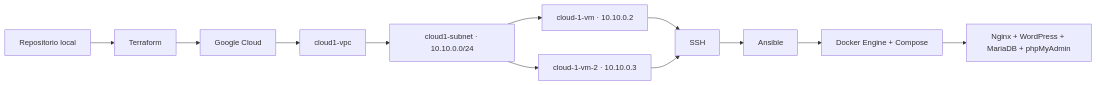
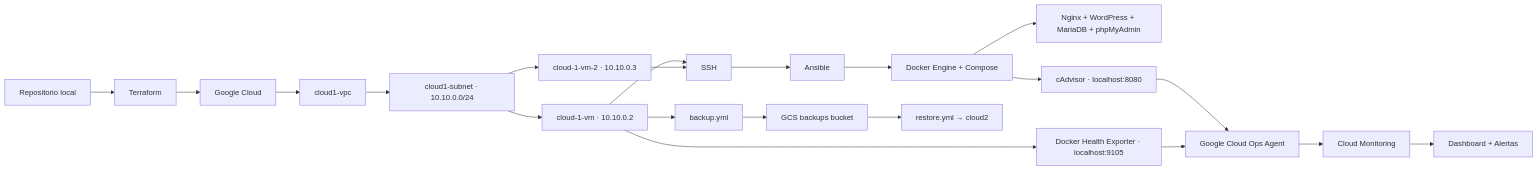
The first of 11 diagrams in README.md (Augustojrl92/cloud-1), drawn with Mermaid before and after one commit. The commit also changed other lines of this file, not shown here.

Commit message:
docs: document backups disaster recovery and monitoring

````diff
--- a/README.md
+++ b/README.md
@@ -16,14 +16,23 @@
 ```mermaid
 flowchart LR
     Repo["Repositorio local"] --> TF["Terraform"]
     TF --> GCP["Google Cloud"]
     GCP --> VPC["cloud1-vpc"]
     VPC --> SUBNET["cloud1-subnet · 10.10.0.0/24"]
     SUBNET --> VM1["cloud-1-vm · 10.10.0.2"]
     SUBNET --> VM2["cloud-1-vm-2 · 10.10.0.3"]
     VM1 --> SSH["SSH"]
     VM2 --> SSH
     SSH --> Ansible["Ansible"]
     Ansible --> Docker["Docker Engine + Compose"]
     Docker --> App["Nginx + WordPress + MariaDB + phpMyAdmin"]
+    Docker --> CAdvisor["cAdvisor · localhost:8080"]
+    CAdvisor --> OpsAgent["Google Cloud Ops Agent"]
+    VM1 --> Exporter["Docker Health Exporter · localhost:9105"]
+    Exporter --> OpsAgent
+    VM1 --> Backup["backup.yml"]
+    Backup --> GCS["GCS backups bucket"]
+    GCS --> Restore["restore.yml → cloud2"]
+    OpsAgent --> Monitoring["Cloud Monitoring"]
+    Monitoring --> Dashboard["Dashboard + Alertas"]
 ```
````
